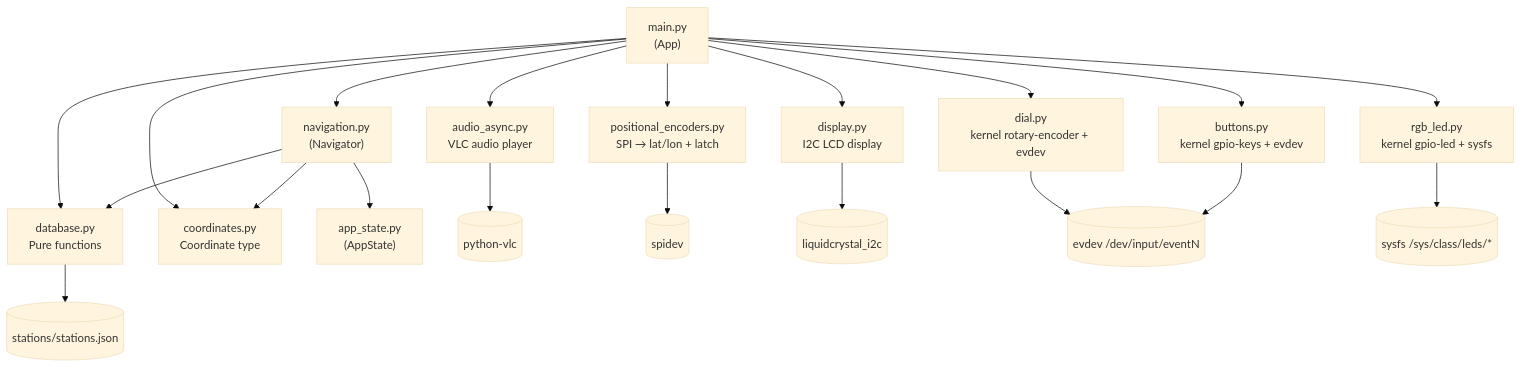
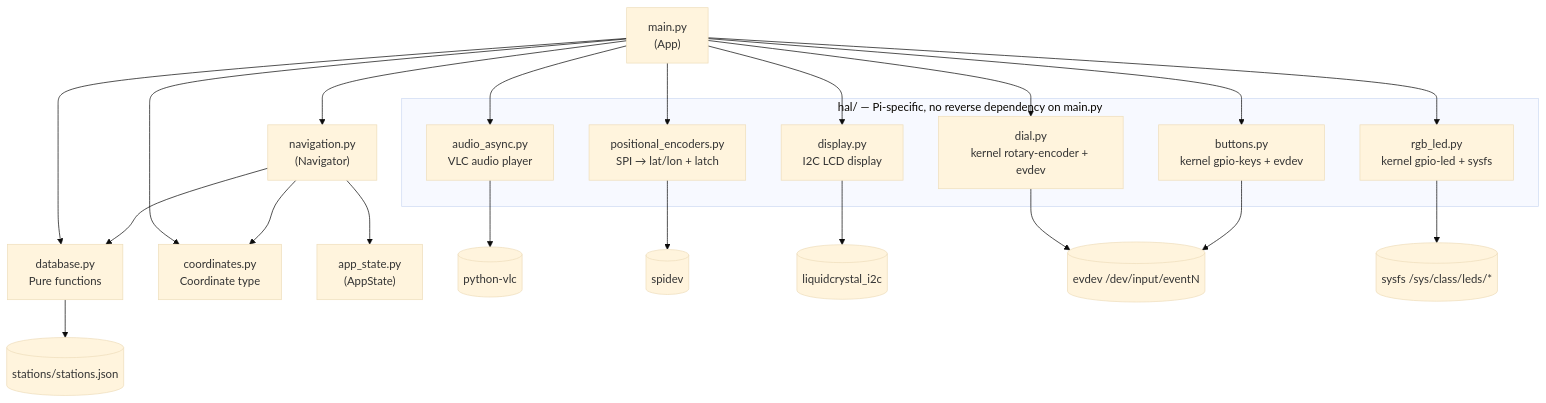
One commit to milnepe/RadioGlobe changed the diagram in ARCHITECTURE.md. Above: the diagram before and after it, drawn with Mermaid (base theme). The commit also changed other lines of this file and 18 other files, not shown here.

````diff
--- a/ARCHITECTURE.md
+++ b/ARCHITECTURE.md
@@ -143,26 +143,35 @@
 ```mermaid
 graph TD
     main["main.py\n(App)"]
 
-    main --> positional["positional_encoders.py\nSPI → lat/lon + latch"]
-    main --> dial["dial.py\nkernel rotary-encoder + evdev"]
-    main --> buttons["buttons.py\nkernel gpio-keys + evdev"]
-    main --> display["display.py\nI2C LCD display"]
-    main --> led["rgb_led.py\nkernel gpio-led + sysfs"]
-    main --> audio["audio_async.py\nVLC audio player"]
+    subgraph hal ["hal/ — Pi-specific, no reverse dependency on main.py"]
+        positional["positional_encoders.py\nSPI → lat/lon + latch"]
+        dial["dial.py\nkernel rotary-encoder + evdev"]
+        buttons["buttons.py\nkernel gpio-keys + evdev"]
+        display["display.py\nI2C LCD display"]
+        led["rgb_led.py\nkernel gpio-led + sysfs"]
+        audio["audio_async.py\nVLC audio player"]
+    end
+
+    main --> positional
+    main --> dial
+    main --> buttons
+    main --> display
+    main --> led
+    main --> audio
     main --> nav["navigation.py\n(Navigator)"]
     main --> database["database.py\nPure functions"]
     main --> coordinates["coordinates.py\nCoordinate type"]
 
     nav --> appstate["app_state.py\n(AppState)"]
     nav --> database
     nav --> coordinates
 
     database --> stations[("stations/stations.json")]
     audio --> vlc[("python-vlc")]
     positional --> spidev[("spidev")]
     display --> i2c[("liquidcrystal_i2c")]
     dial --> input[("evdev /dev/input/eventN")]
     buttons --> input
     led --> sysfs[("sysfs /sys/class/leds/*")]
 ```
````
